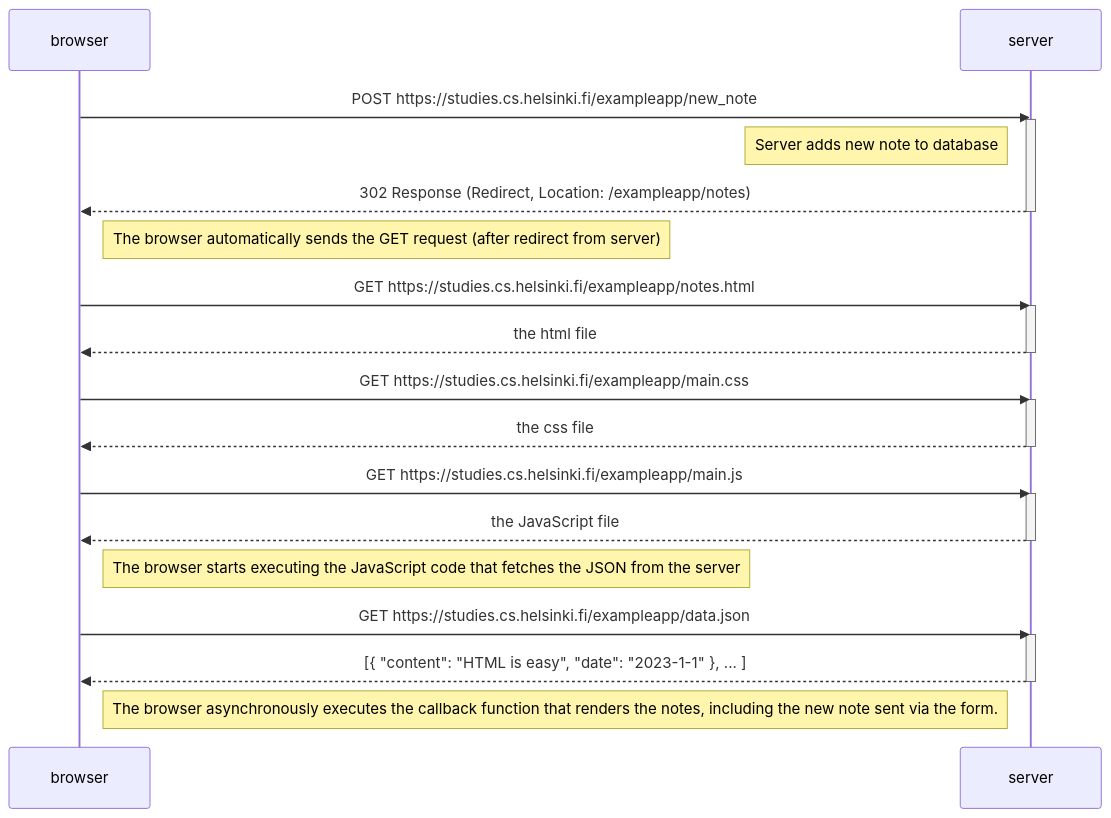
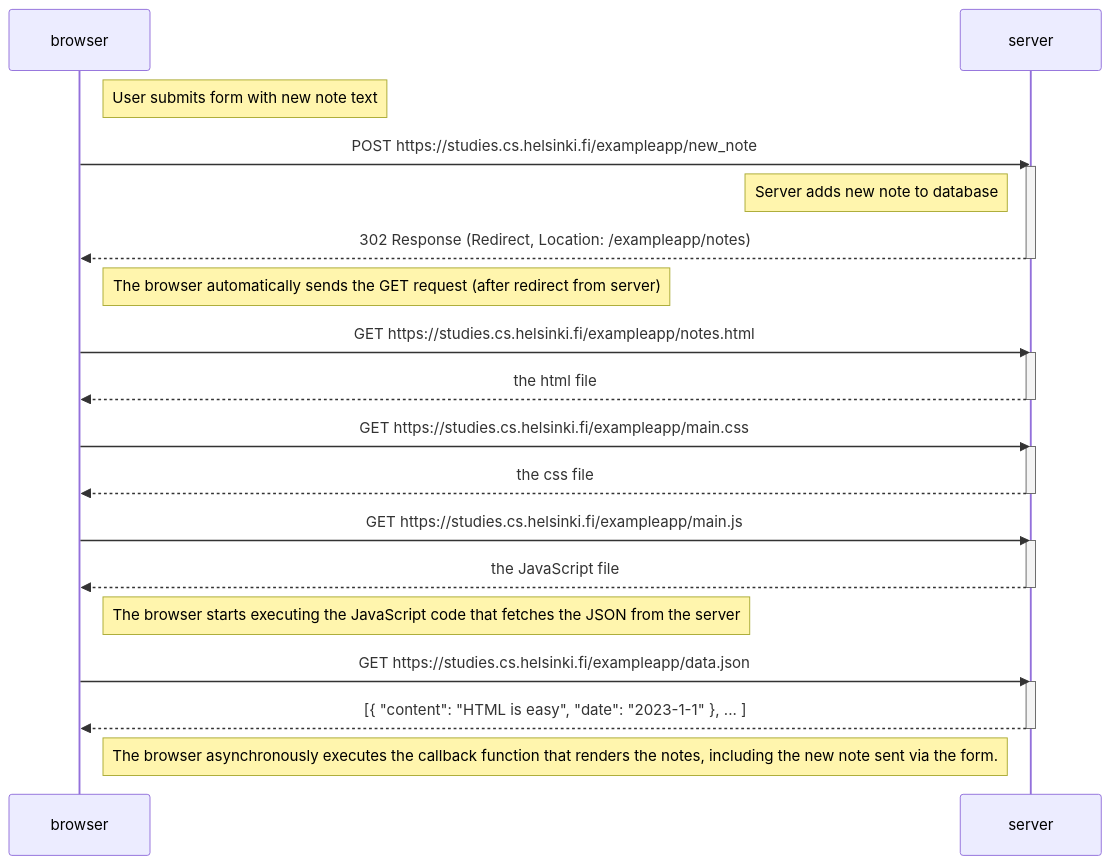
One commit to devluxor/full-stack-open changed the diagram in part0/0.4.md. Above: the diagram before and after it, drawn with Mermaid.

Commit message:
Submit ex 0.4

````diff
--- a/part0/0.4.md
+++ b/part0/0.4.md
@@ -2,37 +2,39 @@
 ```mermaid
 sequenceDiagram
     participant browser
     participant server
+
+    Note right of browser: User submits form with new note text
 
     browser->>server: POST https://studies.cs.helsinki.fi/exampleapp/new_note
     activate server
     Note left of server: Server adds new note to database
     server-->>browser: 302 Response (Redirect, Location: /exampleapp/notes)
     deactivate server
 
     Note right of browser: The browser automatically sends the GET request (after redirect from server)
 
     browser->>server: GET https://studies.cs.helsinki.fi/exampleapp/notes.html
     activate server
     server-->>browser: the html file
     deactivate server
 
     browser->>server: GET https://studies.cs.helsinki.fi/exampleapp/main.css
     activate server
     server-->>browser: the css file
     deactivate server
 
     browser->>server: GET https://studies.cs.helsinki.fi/exampleapp/main.js
     activate server
     server-->>browser: the JavaScript file
     deactivate server
 
     Note right of browser: The browser starts executing the JavaScript code that fetches the JSON from the server
 
     browser->>server: GET https://studies.cs.helsinki.fi/exampleapp/data.json
     activate server
     server-->>browser: [{ "content": "HTML is easy", "date": "2023-1-1" }, ... ]
     deactivate server
 
     Note right of browser: The browser asynchronously executes the callback function that renders the notes, including the new note sent via the form.
 ```
````
